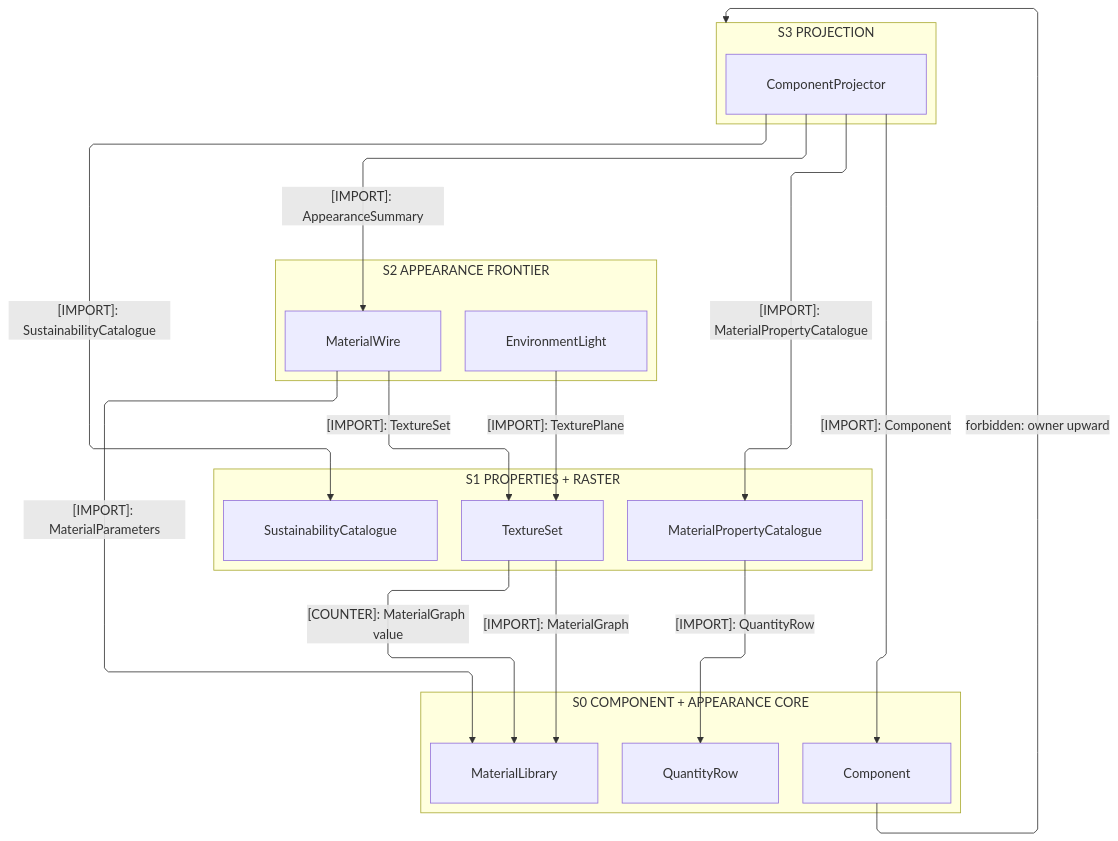
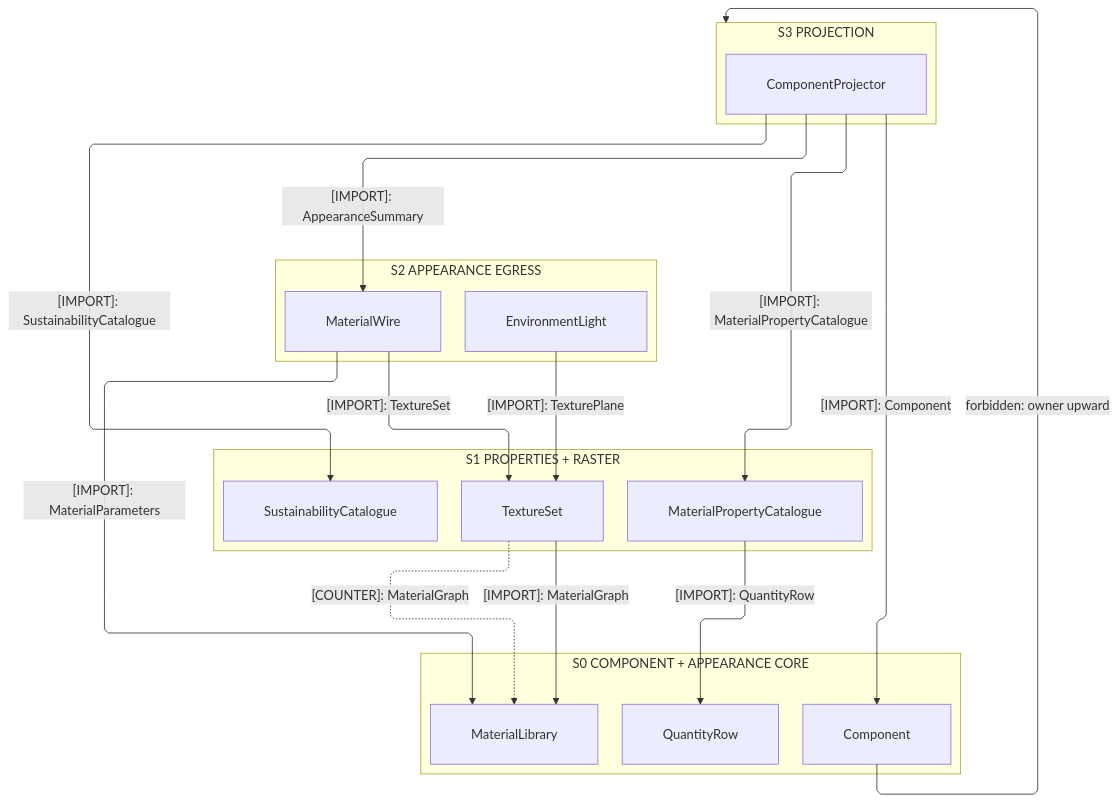
The first of 5 diagrams in libs/csharp/Rasm.Materials/ARCHITECTURE.md (bsamiee/Rasm), drawn with Mermaid before and after one commit. The commit also changed other lines of this file and 115 other files, not shown here.

````diff
--- a/libs/csharp/Rasm.Materials/ARCHITECTURE.md
+++ b/libs/csharp/Rasm.Materials/ARCHITECTURE.md
@@ -82,40 +78,40 @@
 ```mermaid
 ---
 config:
   layout: elk
   flowchart:
     curve: linear
     padding: 25
 ---
 flowchart TB
     accTitle: Rasm.Materials interior strata
-    accDescr: Four stacked strata from the one component projector through the appearance frontier and the property and raster plane onto the peer component and appearance-core owners, every consumption edge downward naming one sourced type, and one forbidden upward edge marked.
+    accDescr: How the projector composes the egress, plane, and floor ranks; the counter-edge returns a MaterialGraph value.
     subgraph S3["S3 PROJECTION"]
         Projector[ComponentProjector]
     end
-    subgraph S2["S2 APPEARANCE FRONTIER"]
+    subgraph S2["S2 APPEARANCE EGRESS"]
         Wire[MaterialWire]
         Environment[EnvironmentLight]
     end
     subgraph S1["S1 PROPERTIES + RASTER"]
         Catalogue[MaterialPropertyCatalogue]
         Sustainability[SustainabilityCatalogue]
         Raster[TextureSet]
     end
     subgraph S0["S0 COMPONENT + APPEARANCE CORE"]
         Component[Component]
         QuantityRow[QuantityRow]
         Library[MaterialLibrary]
     end
     Projector e1@-->|"[IMPORT]: MaterialPropertyCatalogue"| Catalogue
     Projector e2@-->|"[IMPORT]: SustainabilityCatalogue"| Sustainability
     Projector e3@-->|"[IMPORT]: Component"| Component
     Projector e4@-->|"[IMPORT]: AppearanceSummary"| Wire
     Catalogue e5@-->|"[IMPORT]: QuantityRow"| QuantityRow
     Raster e6@-->|"[IMPORT]: MaterialGraph"| Library
-    Raster e7@-->|"[COUNTER]: MaterialGraph value"| Library
+    Raster e7@-.->|"[COUNTER]: MaterialGraph"| Library
     Wire e8@-->|"[IMPORT]: TextureSet"| Raster
     Wire e9@-->|"[IMPORT]: MaterialParameters"| Library
     Environment e10@-->|"[IMPORT]: TexturePlane"| Raster
     Component f1@-->|"forbidden: owner upward"| S3
 ```
````
